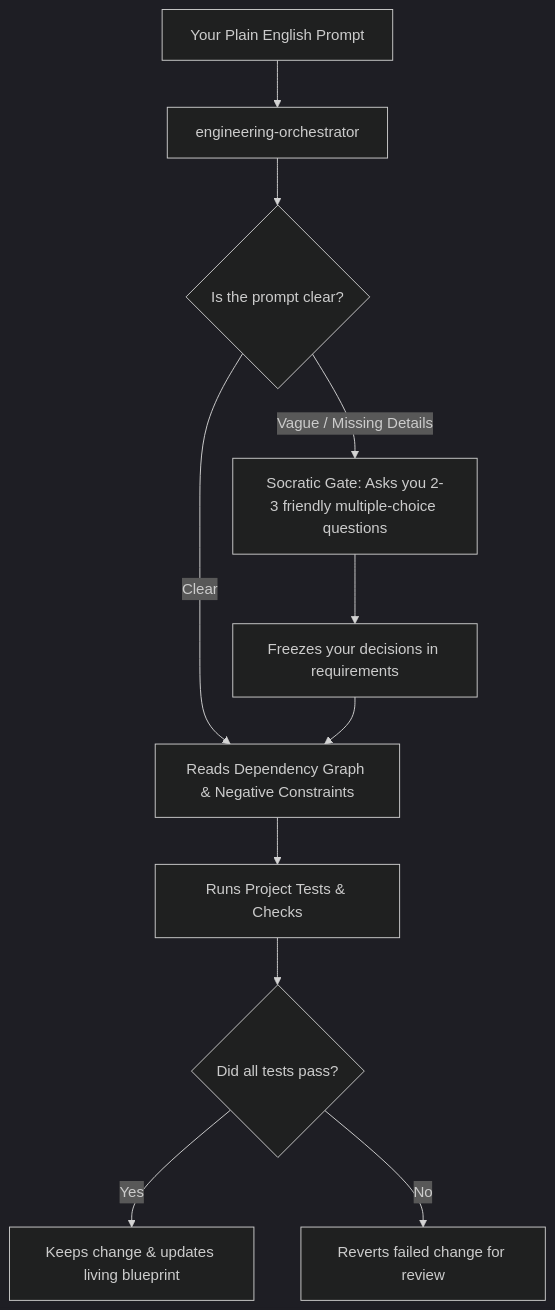
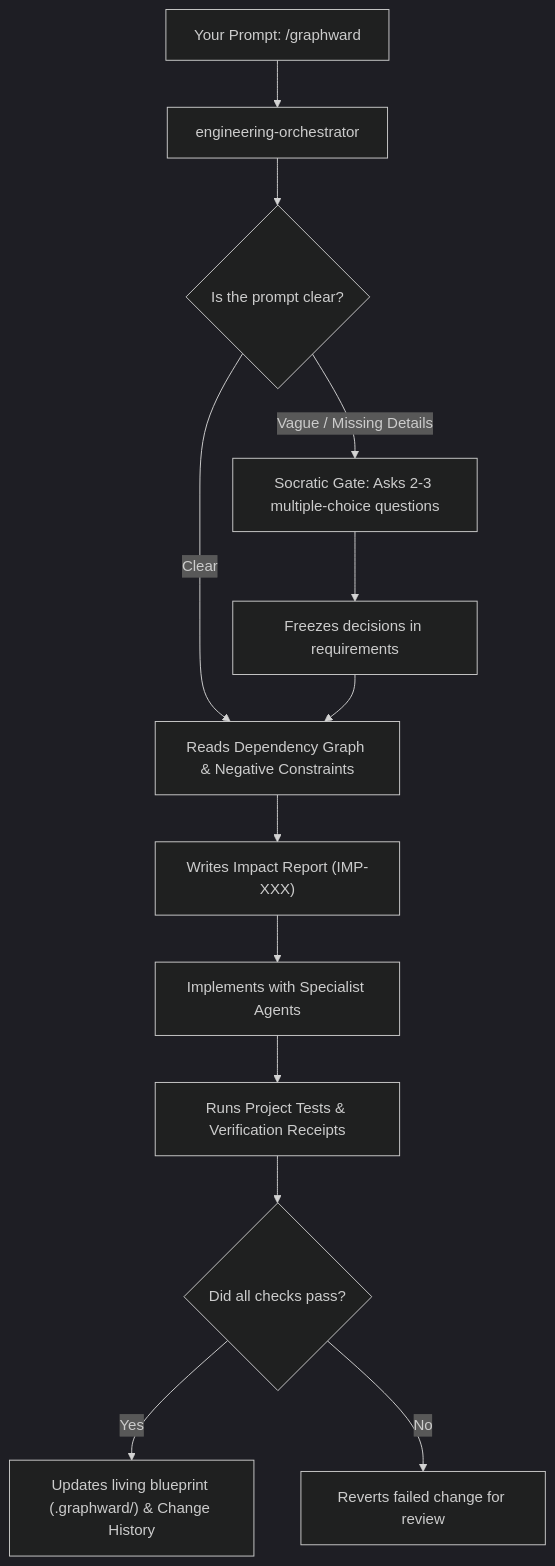
The diagram in README.md (vinideep/graphward), drawn with Mermaid (dark theme) before and after one commit. The commit also changed other lines of this file and 5 other files, not shown here.

First line of the commit message:
refactor: update CLI commands and enhance documentation for GraphWard

````diff
--- a/README.md
+++ b/README.md
@@ -101,13 +116,15 @@
 ```mermaid
 flowchart TD
-    User["Your Plain English Prompt"] --> Orchestrator["engineering-orchestrator"]
+    User["Your Prompt: /graphward <request>"] --> Orchestrator["engineering-orchestrator"]
     Orchestrator --> Clarity{"Is the prompt clear?"}
-    Clarity -->|Vague / Missing Details| Gate["Socratic Gate: Asks you 2-3 friendly multiple-choice questions"]
-    Gate --> Freezing["Freezes your decisions in requirements"]
+    Clarity -->|Vague / Missing Details| Gate["Socratic Gate: Asks 2-3 multiple-choice questions"]
+    Gate --> Freezing["Freezes decisions in requirements"]
     Clarity -->|Clear| Blueprint["Reads Dependency Graph & Negative Constraints"]
     Freezing --> Blueprint
-    Blueprint --> Verify["Runs Project Tests & Checks"]
-    Verify --> Verification{"Did all tests pass?"}
-    Verification -->|Yes| Keep["Keeps change & updates living blueprint"]
+    Blueprint --> Impact["Writes Impact Report (IMP-XXX)"]
+    Impact --> Implement["Implements with Specialist Agents"]
+    Implement --> Verify["Runs Project Tests & Verification Receipts"]
+    Verify --> Verification{"Did all checks pass?"}
+    Verification -->|Yes| Sync["Updates living blueprint (.graphward/) & Change History"]
     Verification -->|No| Revert["Reverts failed change for review"]
 ```
````
